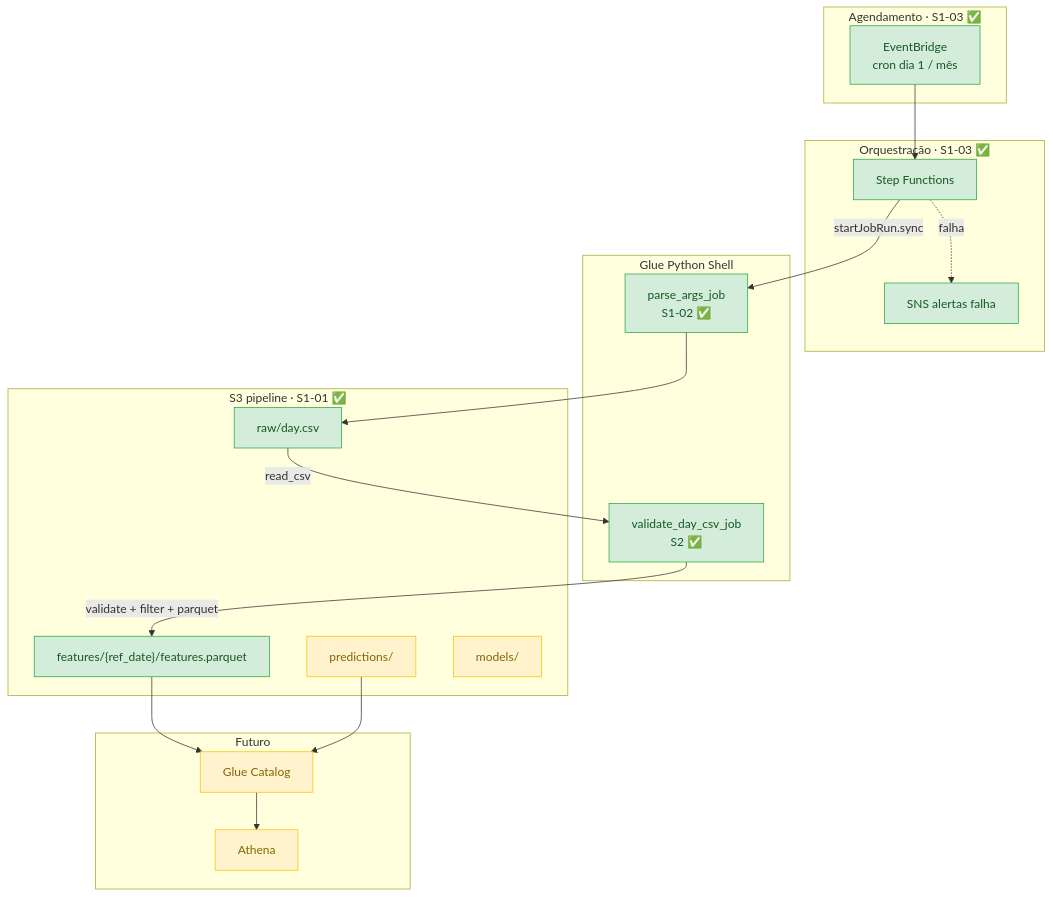
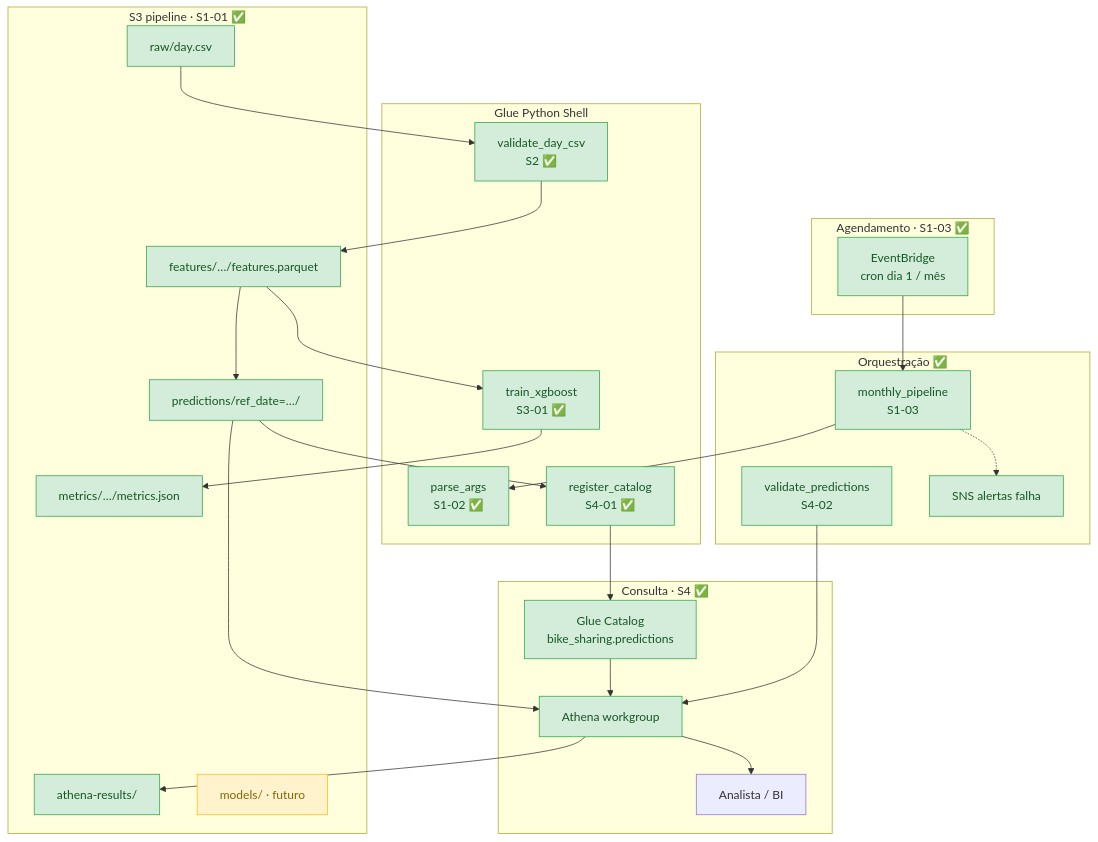
The first of 5 diagrams in docs/architecture.md (welligtoncos/bike-sharing-forecast-aws), drawn with Mermaid before and after one commit. The commit also changed other lines of this file and 13 other files, not shown here.

````diff
--- a/docs/architecture.md
+++ b/docs/architecture.md
@@ -7,45 +7,54 @@
 ```mermaid
 flowchart TB
     subgraph AGENDAMENTO["Agendamento · S1-03 ✅"]
         EB[EventBridge<br/>cron dia 1 / mês]
     end
 
-    subgraph ORQUESTRACAO["Orquestração · S1-03 ✅"]
-        SF[Step Functions]
+    subgraph ORQUESTRACAO["Orquestração ✅"]
+        SF1[monthly_pipeline<br/>S1-03]
+        SF2[validate_predictions<br/>S4-02]
         SNS[SNS alertas falha]
     end
 
     subgraph COMPUTE["Glue Python Shell"]
-        GJ1[parse_args_job<br/>S1-02 ✅]
-        GJ2[validate_day_csv_job<br/>S2 ✅]
+        GJ1[parse_args<br/>S1-02 ✅]
+        GJ2[validate_day_csv<br/>S2 ✅]
+        GJ3[train_xgboost<br/>S3-01 ✅]
+        GJ4[register_catalog<br/>S4-01 ✅]
     end
 
     subgraph S3["S3 pipeline · S1-01 ✅"]
         RAW[raw/day.csv]
-        FEAT["features/{ref_date}/features.parquet"]
-        PRED[predictions/]
-        MOD[models/]
+        FEAT[features/…/features.parquet]
+        MET[metrics/…/metrics.json]
+        PRED["predictions/ref_date=…/"]
+        ATHOUT[athena-results/]
+        MOD[models/ · futuro]
     end
 
-    subgraph FUTURO["Futuro"]
-        GC[Glue Catalog]
-        ATH[Athena]
+    subgraph ANALYTICS["Consulta · S4 ✅"]
+        GC["Glue Catalog<br/>bike_sharing.predictions"]
+        ATH[Athena workgroup]
+        USR[Analista / BI]
     end
 
-    EB --> SF
-    SF -->|startJobRun.sync| GJ1
-    SF -.->|falha| SNS
+    EB --> SF1
+    SF1 --> GJ1
+    SF1 -.-> SNS
 
-    RAW -->|read_csv| GJ2
-    GJ2 -->|validate + filter + parquet| FEAT
+    RAW --> GJ2 --> FEAT
+    FEAT --> GJ3 --> MET
+    FEAT --> PRED
+    PRED --> GJ4 --> GC
 
-    GJ1 --> RAW
-    FEAT --> GC
-    PRED --> GC
+    SF2 --> ATH
     GC --> ATH
+    PRED --> ATH
+    ATH --> ATHOUT
+    ATH --> USR
 
     classDef done fill:#d4edda,stroke:#28a745,color:#155724
     classDef future fill:#fff3cd,stroke:#ffc107,color:#856404
-    class EB,SF,GJ1,GJ2,RAW,FEAT,SNS done
-    class PRED,MOD,GC,ATH future
+    class EB,SF1,SF2,GJ1,GJ2,GJ3,GJ4,RAW,FEAT,MET,PRED,GC,ATH,ATHOUT,SNS done
+    class MOD future
 ```
````
